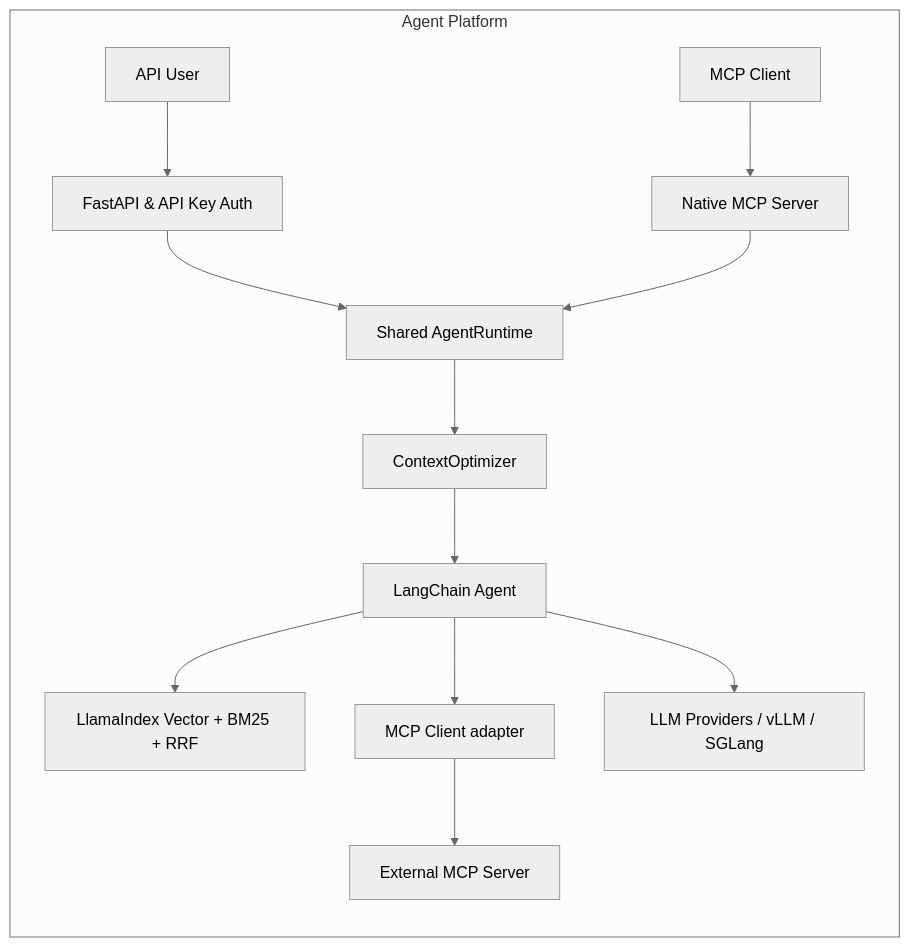
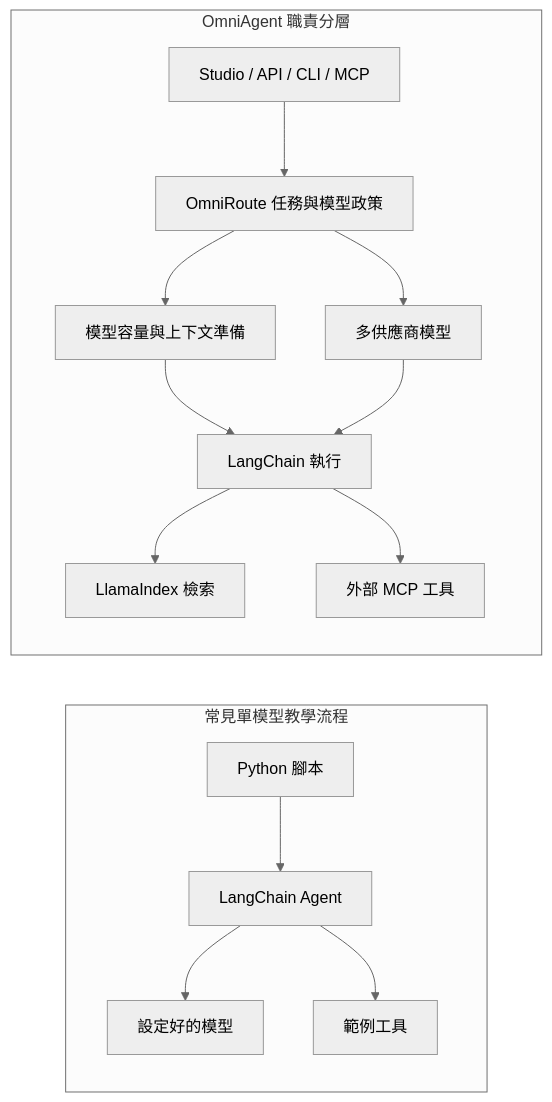
Before and after one commit to JingLunHuang/LangChain: the diagram in agent-platform/README.md, drawn with Mermaid (neutral theme). The commit also changed other lines of this file and 49 other files, not shown here.

````diff
--- a/agent-platform/README.md
+++ b/agent-platform/README.md
@@ -23,15 +22,17 @@
 ```mermaid
 flowchart LR
-    subgraph Platform[Agent Platform]
-      U2[API User] --> A[FastAPI & API Key Auth]
-      C[MCP Client] --> M[Native MCP Server]
-      A --> R[Shared AgentRuntime]
-      M --> R
-      R --> O[ContextOptimizer]
-      O --> L[LangChain Agent]
-      L --> D[LlamaIndex Vector + BM25 + RRF]
-      L --> X[MCP Client adapter]
-      X --> E[External MCP Server]
-      L --> B[LLM Providers / vLLM / SGLang]
+    subgraph Typical[常見單模型教學流程]
+        Script[Python 腳本] --> Chain[LangChain Agent]
+        Chain --> One[設定好的模型]
+        Chain --> Tool[範例工具]
+    end
+    subgraph Platform[OmniAgent 職責分層]
+        Entry[Studio / API / CLI / MCP] --> Router[OmniRoute 任務與模型政策]
+        Router --> Budget[模型容量與上下文準備]
+        Budget --> Execute[LangChain 執行]
+        Router --> Models[多供應商模型]
+        Models --> Execute
+        Execute --> Index[LlamaIndex 檢索]
+        Execute --> Protocol[外部 MCP 工具]
     end
 ```
````
